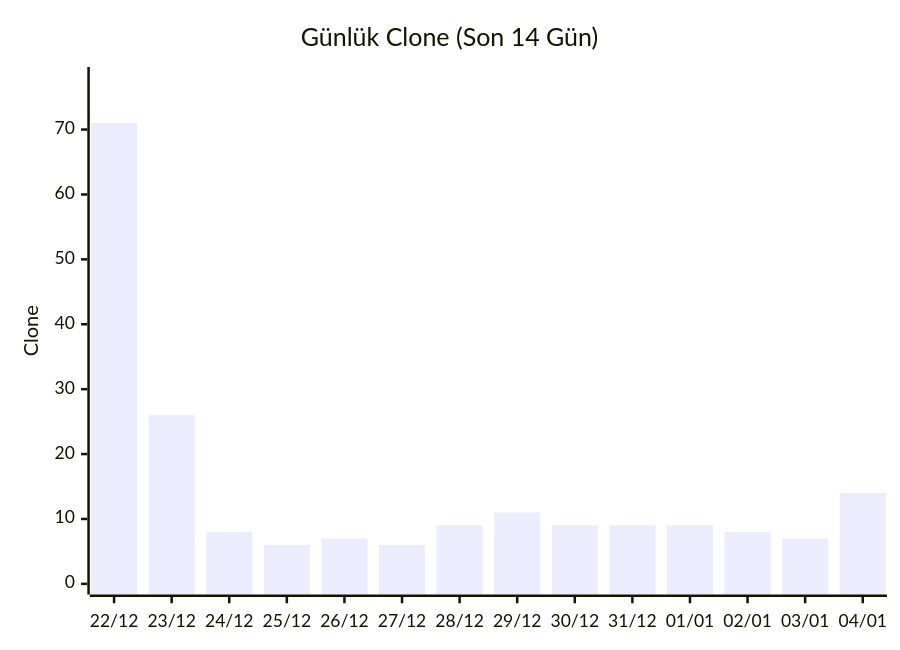
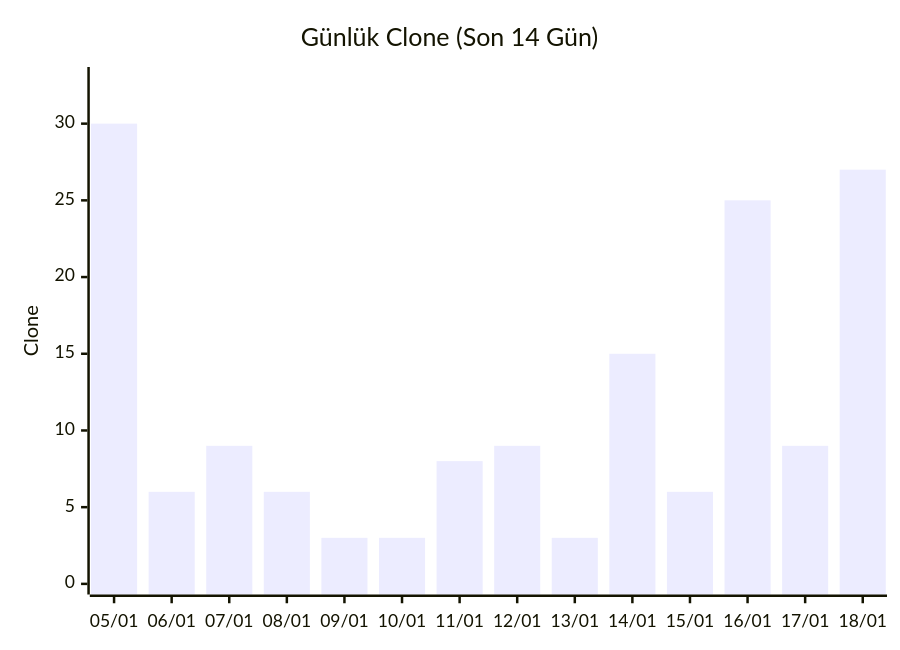
One commit to metehanboy/epint changed the third of 3 diagrams in README.md. Above: the diagram before and after it, drawn with Mermaid. The commit also changed other lines of this file and 3 other files, not shown here.

````diff
--- a/README.md
+++ b/README.md
@@ -282,7 +282,7 @@
 ```mermaid
 xychart-beta
     title "Günlük Clone (Son 14 Gün)"
-    x-axis ["22/12", "23/12", "24/12", "25/12", "26/12", "27/12", "28/12", "29/12", "30/12", "31/12", "01/01", "02/01", "03/01", "04/01"]
-    y-axis "Clone" 0 --> 78
-    bar [71, 26, 8, 6, 7, 6, 9, 11, 9, 9, 9, 8, 7, 14]
+    x-axis ["05/01", "06/01", "07/01", "08/01", "09/01", "10/01", "11/01", "12/01", "13/01", "14/01", "15/01", "16/01", "17/01", "18/01"]
+    y-axis "Clone" 0 --> 33
+    bar [30, 6, 9, 6, 3, 3, 8, 9, 3, 15, 6, 25, 9, 27]
 ```
````
